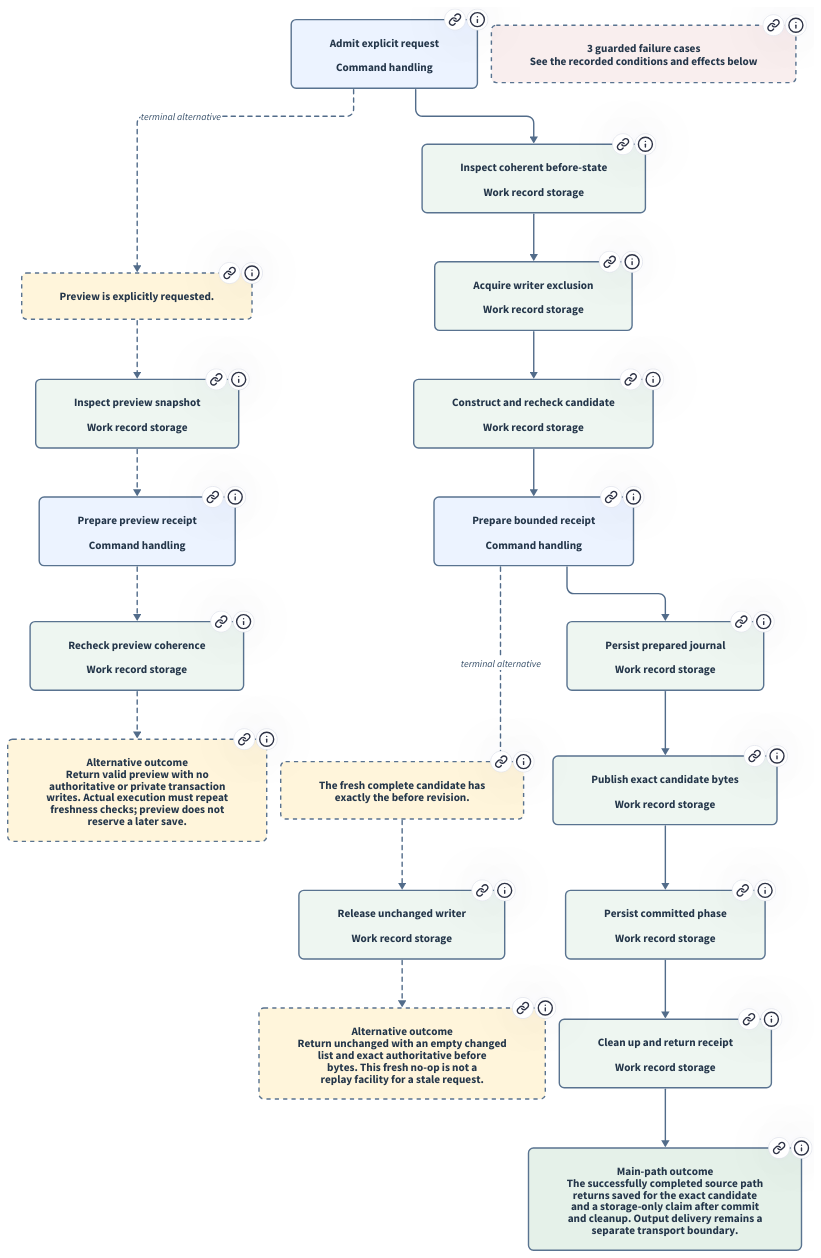
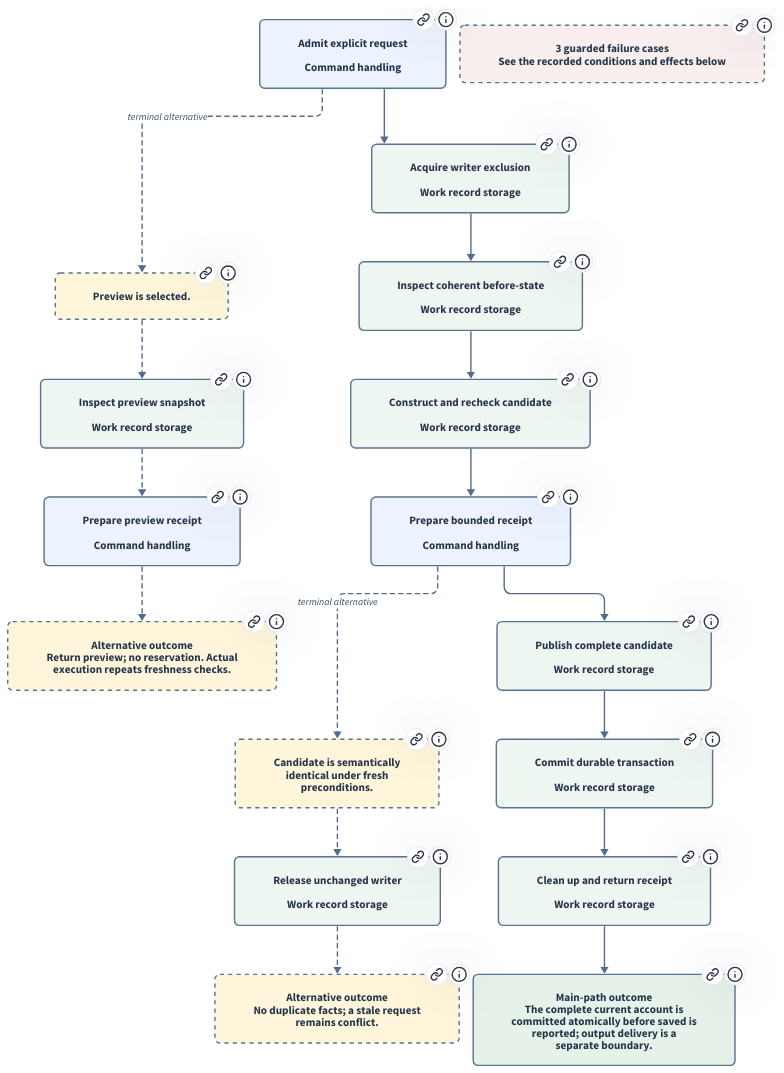
One commit to xiongxianfei/rigorloop changed the diagram in design/architecture/views/browser/diagrams/process-publication.d2. Above: the diagram before and after it, drawn with D2. The commit also changed 512 other files, not shown here.

```diff
--- a/design/architecture/views/browser/diagrams/process-publication.d2
+++ b/design/architecture/views/browser/diagrams/process-publication.d2
@@ -1,21 +1,21 @@
 # Generated from explicit REM realization facts; do not edit.
-# Source identity: 53f63fcf1ca7513ab5f1fd872d338be32ce1bda945a9429ccd0bac1f370c74f1
+# Source identity: 7978be139fe27eda655003b22781018baac550ab5be13f735b6a2800fc2e5371
 # Source-observed control flow for the selected record operation. Solid arrows follow the recorded main-step order; dashed paths are conditional terminal alternatives and never rejoin. Failures are listed separately because their records do not identify a single triggering step. Scroll vertically to follow the remaining stages and terminal alternatives. This source projection is not an executed transaction or durability result.
 vars: { d2-config: { layout-engine: elk } }
 direction: down
 
 n_6d61696e3a30: "Admit explicit request\n\nCommand handling" {
   link: "#process/interaction/publication"
-  tooltip: "Admit explicit request; Command handling (MOD-010); The mutation adapter validates request transport and selectors, then calls executeTargetedStore with construction and receipt-preparation callbacks. It does not infer missing decisions."
+  tooltip: "Admit explicit request; Command handling (MOD-010); Validate the bounded v2/v4 task and selectors; do not infer decisions."
   style.fill: "#ECF3FF"
   style.stroke: "#597390"
   style.font-color: "#24364A"
   style.font-size: 16
   style.border-radius: 7
 }
-n_6272616e63683a303a303a636f6e646974696f6e: "Preview is explicitly requested." {
+n_6272616e63683a303a303a636f6e646974696f6e: "Preview is selected." {
   link: "#process/interaction/publication"
-  tooltip: "Preview is explicitly requested."
+  tooltip: "Preview is selected."
   style.fill: "#FFF5DB"
   style.stroke: "#597390"
   style.font-color: "#24364A"
@@ -32,7 +32,7 @@
 }
 n_6272616e63683a303a303a737465703a30: "Inspect preview snapshot\n\nWork record storage" {
   link: "#process/interaction/publication"
-  tooltip: "Inspect preview snapshot; Work record storage (MOD-011); Use the gated coherent snapshot path without acquiring the writer lock; construct the candidate from explicit intent and validate structure, preservation, expected revision, target identities, and declared read basis."
+  tooltip: "Inspect preview snapshot; Work record storage (MOD-011); Read a coherent snapshot and construct/validate the proposed candidate without authoring current state."
   style.fill: "#EEF6F1"
   style.stroke: "#597390"
   style.font-color: "#24364A"
@@ -48,7 +48,7 @@
 }
 n_6272616e63683a303a303a737465703a31: "Prepare preview receipt\n\nCommand handling" {
   link: "#process/interaction/publication"
-  tooltip: "Prepare preview receipt; Command handling (MOD-010); The bounded receipt callback serializes valid with both inspected before revision and candidate revision; candidate changed targets and observations are not saved effects."
+  tooltip: "Prepare preview receipt; Command handling (MOD-010); Serialize bounded prospective effects without a saved claim."
   style.fill: "#ECF3FF"
   style.stroke: "#597390"
   style.font-color: "#24364A"
@@ -62,25 +62,9 @@
   style.font-size: 14
   style.stroke-dash: 3
 }
-n_6272616e63683a303a303a737465703a32: "Recheck preview coherence\n\nWork record storage" {
+n_6272616e63683a303a303a6f7574636f6d65: "Alternative outcome\nReturn preview; no reservation. Actual\nexecution repeats freshness checks." {
   link: "#process/interaction/publication"
-  tooltip: "Recheck preview coherence; Work record storage (MOD-011); The snapshot wrapper repeats gate/epoch and record revision checks before returning the prepared preview. It creates no reservation, journal, or transaction lock/epoch."
-  style.fill: "#EEF6F1"
-  style.stroke: "#597390"
-  style.font-color: "#24364A"
-  style.font-size: 16
-  style.border-radius: 7
-}
-n_6272616e63683a303a303a737465703a31 -> n_6272616e63683a303a303a737465703a32 {
-  style.stroke: "#526C8A"
-  style.font-color: "#344D67"
-  style.fill: "#FFFFFF"
-  style.font-size: 14
-  style.stroke-dash: 3
-}
-n_6272616e63683a303a303a6f7574636f6d65: "Alternative outcome\nReturn valid preview with no\nauthoritative or private transaction\nwrites. Actual execution must repeat\nfreshness checks; preview does not\nreserve a later save." {
-  link: "#process/interaction/publication"
-  tooltip: "Return valid preview with no authoritative or private transaction writes. Actual execution must repeat freshness checks; preview does not reserve a later save."
+  tooltip: "Return preview; no reservation. Actual execution repeats freshness checks."
   style.fill: "#FFF5DB"
   style.stroke: "#597390"
   style.font-color: "#24364A"
@@ -88,16 +72,16 @@
   style.border-radius: 7
   style.stroke-dash: 3
 }
-n_6272616e63683a303a303a737465703a32 -> n_6272616e63683a303a303a6f7574636f6d65 {
+n_6272616e63683a303a303a737465703a31 -> n_6272616e63683a303a303a6f7574636f6d65 {
   style.stroke: "#526C8A"
   style.font-color: "#344D67"
   style.fill: "#FFFFFF"
   style.font-size: 14
   style.stroke-dash: 3
 }
-n_6d61696e3a31: "Inspect coherent before-state\n\nWork record storage" {
+n_6d61696e3a31: "Acquire writer exclusion\n\nWork record storage" {
   link: "#process/interaction/publication"
-  tooltip: "Inspect coherent before-state; Work record storage (MOD-011); Read the selected registered v3 record set through snapshot. Reader gates reject a live writer or retained transaction attention; gate/epoch and record revision checks exclude a mixed snapshot presented as usable."
+  tooltip: "Acquire writer exclusion; Work record storage (MOD-011); Acquire ordinary lease, reject maintenance fence and start BEGIN IMMEDIATE."
   style.fill: "#EEF6F1"
   style.stroke: "#597390"
   style.font-color: "#24364A"
@@ -110,9 +94,9 @@
   style.fill: "#FFFFFF"
   style.font-size: 14
 }
-n_6d61696e3a32: "Acquire writer exclusion\n\nWork record storage" {
+n_6d61696e3a32: "Inspect coherent before-state\n\nWork record storage" {
   link: "#process/interaction/publication"
-  tooltip: "Acquire writer exclusion; Work record storage (MOD-011); Create the private directory when necessary, exclusively create the writer lock with an ownership token, and update the epoch. Competing CLI writers are excluded; these private effects precede authoritative publication."
+  tooltip: "Inspect coherent before-state; Work record storage (MOD-011); Load selected typed rows from the associated supported database."
   style.fill: "#EEF6F1"
   style.stroke: "#597390"
   style.font-color: "#24364A"
@@ -127,7 +111,7 @@
 }
 n_6d61696e3a33: "Construct and recheck candidate\n\nWork record storage" {
   link: "#process/interaction/publication"
-  tooltip: "Construct and recheck candidate; Work record storage (MOD-011); Require no retained journal, reread the before-set under exclusion, compare its revision with the initial snapshot, construct the lossless complete candidate, and validate the expected revision, target identities, declared reads, references, and preservation rules. No declared identity is silently refreshed."
+  tooltip: "Construct and recheck candidate; Work record storage (MOD-011); Check opaque revision and declared reads; construct complete facts, issue dispositions and support state."
   style.fill: "#EEF6F1"
   style.stroke: "#597390"
   style.font-color: "#24364A"
@@ -142,7 +126,7 @@
 }
 n_6d61696e3a34: "Prepare bounded receipt\n\nCommand handling" {
   link: "#process/interaction/publication"
-  tooltip: "Prepare bounded receipt; Command handling (MOD-010); Store.record determines whether candidate bytes changed and invokes the command-owned primary receipt callback before journal creation or target replacement. Serialize the storage result and bounded diagnostic summary; optional details may be explicitly omitted. A prepared saved receipt remains private until commit succeeds."
+  tooltip: "Prepare bounded receipt; Command handling (MOD-010); Prepare the fixed profile result before COMMIT and enforce candidate/result bounds."
   style.fill: "#ECF3FF"
   style.stroke: "#597390"
   style.font-color: "#24364A"
@@ -155,9 +139,9 @@
   style.fill: "#FFFFFF"
   style.font-size: 14
 }
-n_6272616e63683a343a303a636f6e646974696f6e: "The fresh complete candidate has\nexactly the before revision." {
+n_6272616e63683a343a303a636f6e646974696f6e: "Candidate is semantically\nidentical under fresh\npreconditions." {
   link: "#process/interaction/publication"
-  tooltip: "The fresh complete candidate has exactly the before revision."
+  tooltip: "Candidate is semantically identical under fresh preconditions."
   style.fill: "#FFF5DB"
   style.stroke: "#597390"
   style.font-color: "#24364A"
@@ -174,7 +158,7 @@
 }
 n_6272616e63683a343a303a737465703a30: "Release unchanged writer\n\nWork record storage" {
   link: "#process/interaction/publication"
-  tooltip: "Release unchanged writer; Work record storage (MOD-011); Release the owned lock and return the already prepared unchanged receipt. Do not create a journal or replace authoritative files; lock/epoch setup may already have occurred."
+  tooltip: "Release unchanged writer; Work record storage (MOD-011); End the transaction and return unchanged without incrementing semantic revision."
   style.fill: "#EEF6F1"
   style.stroke: "#597390"
   style.font-color: "#24364A"
@@ -188,9 +172,9 @@
   style.font-size: 14
   style.stroke-dash: 3
 }
-n_6272616e63683a343a303a6f7574636f6d65: "Alternative outcome\nReturn unchanged with an empty changed\nlist and exact authoritative before\nbytes. This fresh no-op is not a\nreplay facility for a stale request." {
+n_6272616e63683a343a303a6f7574636f6d65: "Alternative outcome\nNo duplicate facts; a stale request\nremains conflict." {
   link: "#process/interaction/publication"
-  tooltip: "Return unchanged with an empty changed list and exact authoritative before bytes. This fresh no-op is not a replay facility for a stale request."
+  tooltip: "No duplicate facts; a stale request remains conflict."
   style.fill: "#FFF5DB"
   style.stroke: "#597390"
   style.font-color: "#24364A"
@@ -205,9 +189,9 @@
   style.font-size: 14
   style.stroke-dash: 3
 }
-n_6d61696e3a35: "Persist prepared journal\n\nWork record storage" {
+n_6d61696e3a35: "Publish complete candidate\n\nWork record storage" {
   link: "#process/interaction/publication"
-  tooltip: "Persist prepared journal; Work record storage (MOD-011); Retain exact before and candidate bytes/identities, declared writes and reads, transaction identity, and created-directory tracking in a phase=prepared journal under owned exclusion. Retention precedes authoritative replacement."
+  tooltip: "Publish complete candidate; Work record storage (MOD-011); Persist normalized related rows and new revision inside the transaction."
   style.fill: "#EEF6F1"
   style.stroke: "#597390"
   style.font-color: "#24364A"
@@ -220,9 +204,9 @@
   style.fill: "#FFFFFF"
   style.font-size: 14
 }
-n_6d61696e3a36: "Publish exact candidate bytes\n\nWork record storage" {
+n_6d61696e3a36: "Commit durable transaction\n\nWork record storage" {
   link: "#process/interaction/publication"
-  tooltip: "Publish exact candidate bytes; Work record storage (MOD-011); Recheck declared read identities, recognize every target as its recorded before or candidate value, and publish only declared candidate writes through guarded filesystem operations. Repeat ownership, known-state, and target checks during replacement; verify all candidate identities afterward."
+  tooltip: "Commit durable transaction; Work record storage (MOD-011); COMMIT under the qualified WAL/FULL connection; precommit failure rolls back."
   style.fill: "#EEF6F1"
   style.stroke: "#597390"
   style.font-color: "#24364A"
@@ -235,9 +219,9 @@
   style.fill: "#FFFFFF"
   style.font-size: 14
 }
-n_6d61696e3a37: "Persist committed phase\n\nWork record storage" {
+n_6d61696e3a37: "Clean up and return receipt\n\nWork record storage" {
   link: "#process/interaction/publication"
-  tooltip: "Persist committed phase; Work record storage (MOD-011); Recheck the declared read basis after replacement and before commitment, then durably rewrite the journal with phase=committed. Failures do not expose the prepared saved receipt as successful publication."
+  tooltip: "Clean up and return receipt; Work record storage (MOD-011); Release owned resources and return established outcome; failure after commit cannot imply rollback."
   style.fill: "#EEF6F1"
   style.stroke: "#597390"
   style.font-color: "#24364A"
@@ -250,31 +234,16 @@
   style.fill: "#FFFFFF"
   style.font-size: 14
 }
-n_6d61696e3a38: "Clean up and return receipt\n\nWork record storage" {
+outcome: "Main-path outcome\nThe complete current account is\ncommitted atomically before saved is\nreported; output delivery is a\nseparate boundary." {
   link: "#process/interaction/publication"
-  tooltip: "Clean up and return receipt; Work record storage (MOD-011); After commitment, remove the exact retained journal, release owned exclusion, and return the previously prepared receipt for command output. Cleanup failure remains transaction attention; it is not an authorized rollback of committed content."
-  style.fill: "#EEF6F1"
-  style.stroke: "#597390"
-  style.font-color: "#24364A"
-  style.font-size: 16
-  style.border-radius: 7
-}
-n_6d61696e3a37 -> n_6d61696e3a38 {
-  style.stroke: "#526C8A"
-  style.font-color: "#344D67"
-  style.fill: "#FFFFFF"
-  style.font-size: 14
-}
-outcome: "Main-path outcome\nThe successfully completed source path\nreturns saved for the exact candidate\nand a storage-only claim after commit\nand cleanup. Output delivery remains a\nseparate transport boundary." {
-  link: "#process/interaction/publication"
-  tooltip: "The successfully completed source path returns saved for the exact candidate and a storage-only claim after commit and cleanup. Output delivery remains a separate transport boundary."
+  tooltip: "The complete current account is committed atomically before saved is reported; output delivery is a separate boundary."
   style.fill: "#E5F1E9"
   style.stroke: "#597390"
   style.font-color: "#24364A"
   style.font-size: 16
   style.border-radius: 7
 }
-n_6d61696e3a38 -> outcome {
+n_6d61696e3a37 -> outcome {
   style.stroke: "#526C8A"
   style.font-color: "#344D67"
   style.fill: "#FFFFFF"
@@ -282,7 +251,7 @@
 }
 failures: "3 guarded failure cases\nSee the recorded conditions and effects below" {
   link: "#process/interaction/publication"
-  tooltip: "Admission, coherent inspection, freshness, candidate validation, or receipt preparation fails before a journal/authoritative replacement.\nReturn the applicable rejected, conflict, busy, or recovery-required result; do not publish the candidate.\nAuthoritative records are not changed by this failed attempt before publication. After non-preview exclusion begins, private directories, epoch, or lock cleanup effects may already exist.; Unavailable or malformed state is not converted into an empty current snapshot or a successful no-op.\n\nA non-crash failure occurs after the prepared journal is created but before committed phase.\nThe source attempts guarded restoration of exact before bytes and cleanup. If that succeeds, report the original failure; otherwise require explicit recovery.\nRestoration checks every current target against retained before/candidate identities and removes only tracked transaction-created files or empty created directories where permitted.; Observed unknown target bytes, missing/tampered evidence, or failed restoration prevent guessed repair; recovery metadata is reported only when available.\n\nExecution is interrupted, commitment/cleanup is uncertain, or a failure occurs with a committed journal.\nReport recovery-required when control returns with transaction attention, or leave the interrupted caller without a success receipt. Do not claim rollback or saved content from an unknown outcome.\nReaders do not expose an unfinished mixed store as current. Exact retained state and explicit recovery selection govern subsequent work.; A lost stdout response after successful commitment is a transport/lost-response problem. Retrying the old expected revision does not authorize replay; reread and reassess."
+  tooltip: "Admission, candidate or receipt validation fails.\nReject without authoritative task effects.\nPrivate temporary data is not current record authority.\n\nRevision/read basis conflicts or storage is busy.\nConflict or busy; caller rereads before deciding.\nWinning committed work remains authoritative.\n\nTransaction or response is interrupted.\nInspect coherent recovered state; never replay semantic task or infer success from missing output.\nSQLite establishes committed/uncommitted state; corrupt or unavailable state stops safely."
   style.fill: "#F9EEEE"
   style.stroke: "#597390"
   style.font-color: "#24364A"
```
